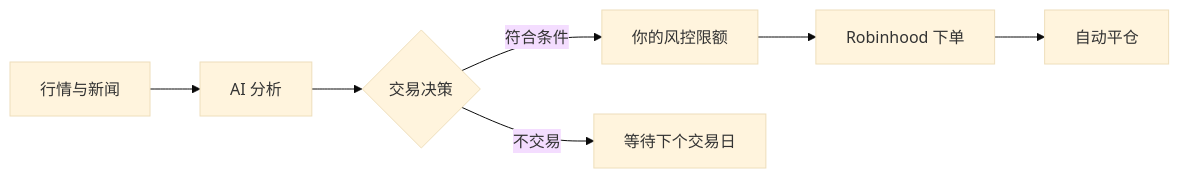
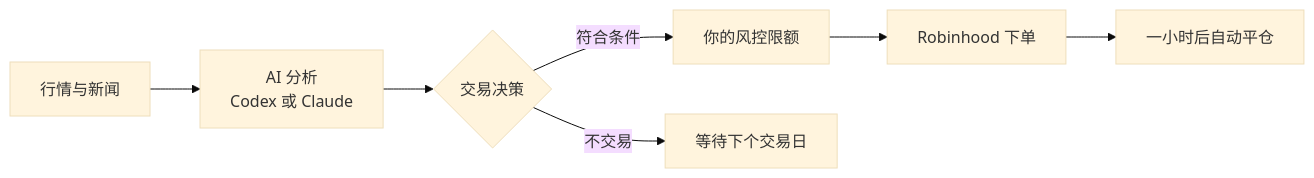
Before and after one commit to danielye0010/TradeAgent: the diagram in README.zh-CN.md, drawn with Mermaid (base theme). The commit also changed other lines of this file and 5 other files, not shown here.

First line of the commit message:
README: user-oriented, Codex or Claude; Claude timing fixes (#30)

````diff
--- a/README.zh-CN.md
+++ b/README.zh-CN.md
@@ -20,9 +33,9 @@
 ```mermaid
 flowchart LR
-    A[行情与新闻] --> B[AI 分析]
+    A[行情与新闻] --> B[AI 分析<br/>Codex 或 Claude]
     B --> C{交易决策}
     C -->|符合条件| D[你的风控限额]
     C -->|不交易| E[等待下个交易日]
     D --> F[Robinhood 下单]
-    F --> G[自动平仓]
+    F --> G[一小时后自动平仓]
 ```
````
